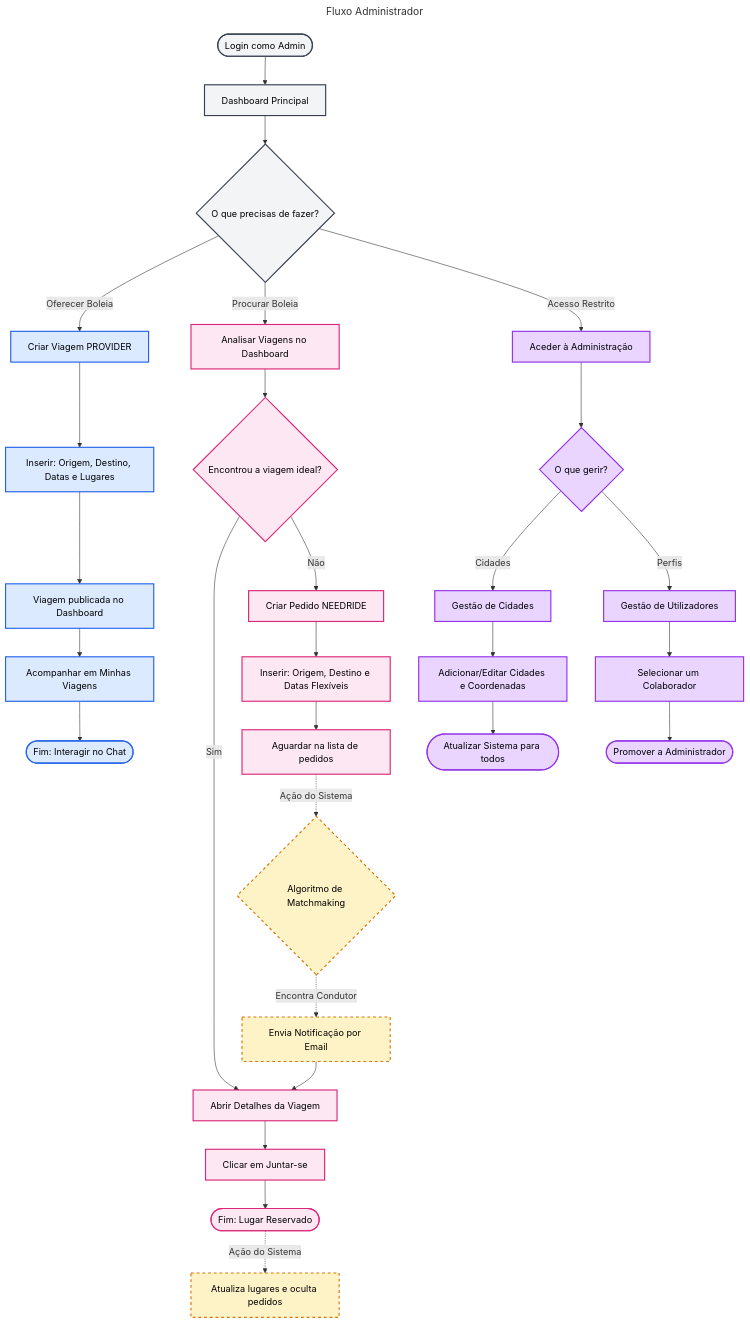
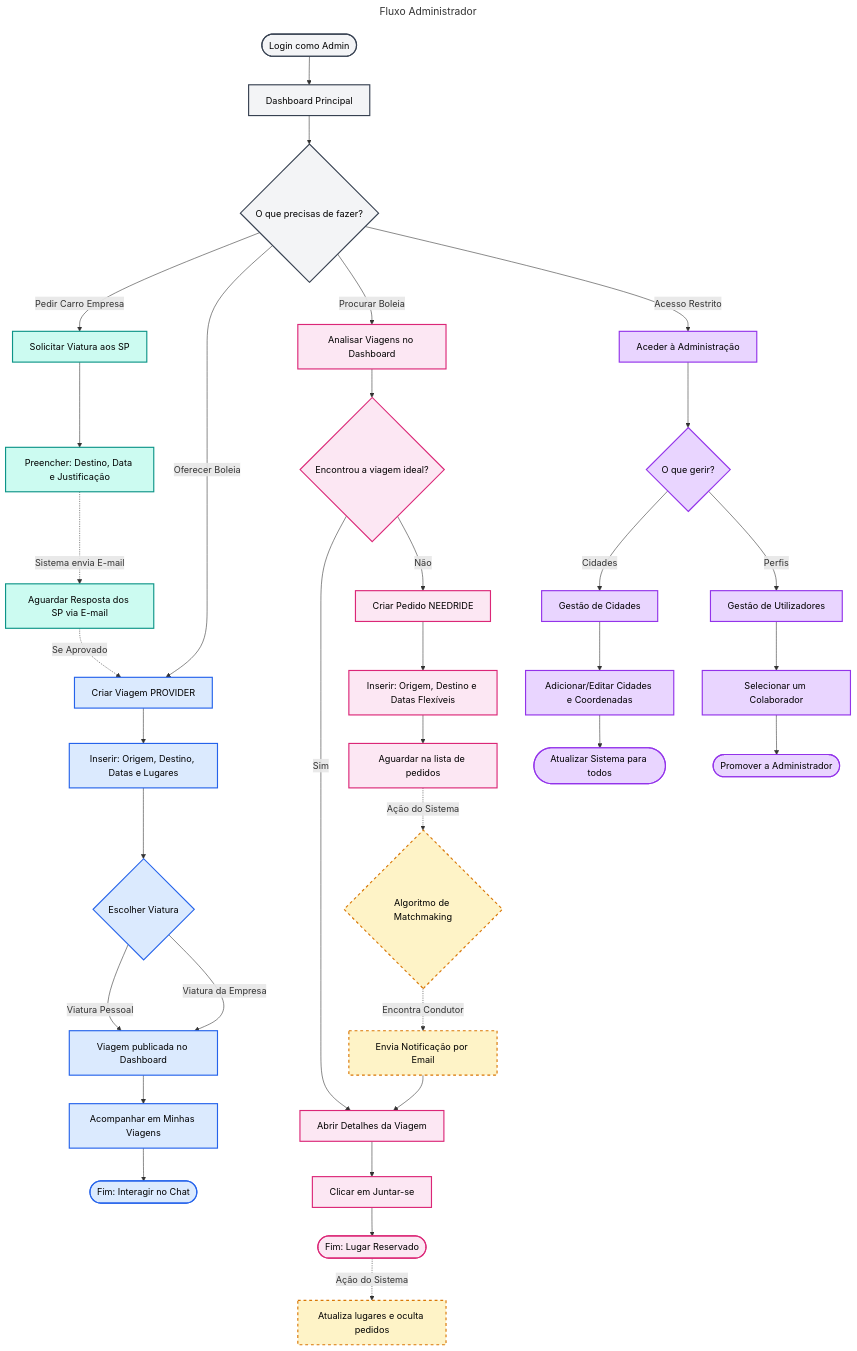
One commit to joaosantos1231209/Road-Buddies changed the diagram in Documentation/fluxo-admin.md. Above: the diagram before and after it, drawn with Mermaid. The commit also changed 14 other files, not shown here.

````diff
--- a/Documentation/fluxo-admin.md
+++ b/Documentation/fluxo-admin.md
@@ -1,60 +1,70 @@
 ```mermaid
 ---
 title: Fluxo Administrador
 ---
 graph TD
     %% Estilos
     classDef login fill:#f3f4f6,stroke:#374151,stroke-width:2px,color:#000
     classDef condutor fill:#dbeafe,stroke:#2563eb,stroke-width:2px,color:#000
     classDef passageiro fill:#fce7f3,stroke:#db2777,stroke-width:2px,color:#000
     classDef admin fill:#e9d5ff,stroke:#9333ea,stroke-width:2px,color:#000
     classDef sistema fill:#fef3c7,stroke:#d97706,stroke-width:2px,stroke-dasharray: 5 5,color:#000
+    classDef frota fill:#ccfbf1,stroke:#0d9488,stroke-width:2px,color:#000
 
     %% Estrutura Base
     A([Login como Admin]) --> B[Dashboard Principal]
     B --> C{O que precisas de fazer?}
 
+    %% FLUXO DE FROTA / SP (NOVO)
+    C -->|Pedir Carro Empresa| SP1[Solicitar Viatura aos SP]
+    SP1 --> SP2[Preencher: Destino, Data e Justificação]
+    SP2 -.->|Sistema envia E-mail| SP3[Aguardar Resposta dos SP via E-mail]
+    SP3 -.->|Se Aprovado| D
+
     %% FLUXO DO CONDUTOR (Ações Comuns)
     C -->|Oferecer Boleia| D[Criar Viagem PROVIDER]
     D --> E[Inserir: Origem, Destino, Datas e Lugares]
-    E --> F[Viagem publicada no Dashboard]
+    E --> E2{Escolher Viatura}
+    E2 -->|Viatura Pessoal| F[Viagem publicada no Dashboard]
+    E2 -->|Viatura da Empresa| F
     F --> G[Acompanhar em Minhas Viagens]
     G --> H([Fim: Interagir no Chat])
 
     %% FLUXO DO PASSAGEIRO (Ações Comuns)
     C -->|Procurar Boleia| I[Analisar Viagens no Dashboard]
     I --> J{Encontrou a viagem ideal?}
 
     J -->|Sim| K[Abrir Detalhes da Viagem]
     K --> L[Clicar em Juntar-se]
     L --> M([Fim: Lugar Reservado])
     M -.->|Ação do Sistema| N[Atualiza lugares e oculta pedidos]
 
     J -->|Não| O[Criar Pedido NEEDRIDE]
     O --> P[Inserir: Origem, Destino e Datas Flexíveis]
     P --> Q[Aguardar na lista de pedidos]
     
     %% O Sistema
     Q -.->|Ação do Sistema| R{Algoritmo de Matchmaking}
     R -.->|Encontra Condutor| S[Envia Notificação por Email]
     S --> K
 
     %% FLUXO DE ADMINISTRAÇÃO (Acesso Restrito)
     C -->|Acesso Restrito| T[Aceder à Administração]
     T --> U{O que gerir?}
 
     U -->|Cidades| V[Gestão de Cidades]
     V --> W[Adicionar/Editar Cidades e Coordenadas]
     W --> X([Atualizar Sistema para todos])
 
     U -->|Perfis| Y[Gestão de Utilizadores]
     Y --> Z[Selecionar um Colaborador]
     Z --> AA([Promover a Administrador])
 
     %% Aplicar as classes
     class A,B,C login;
-    class D,E,F,G,H condutor;
+    class D,E,E2,F,G,H condutor;
     class I,J,K,L,M,O,P,Q passageiro;
     class N,R,S sistema;
     class T,U,V,W,X,Y,Z,AA admin;
+    class SP1,SP2,SP3 frota;
 ```
````
